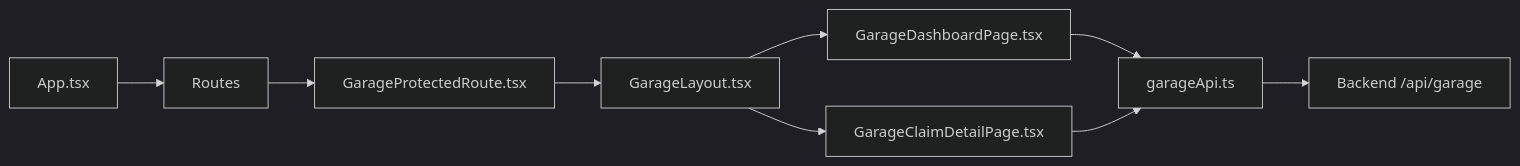
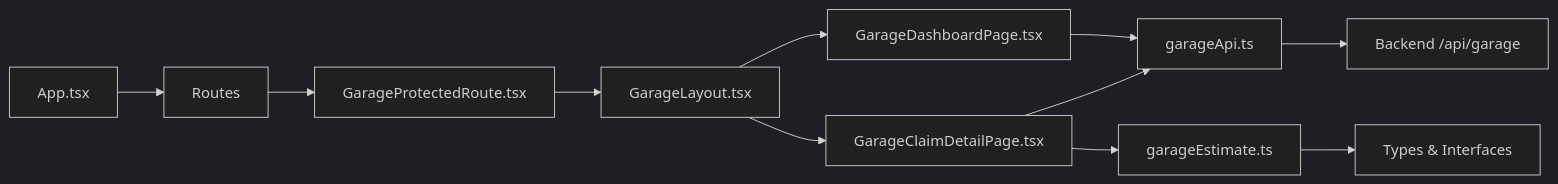
The ninth of 9 diagrams in .qoder/repowiki/en/content/Frontend Documentation/Garage Frontend Interface.md (NaveenHiranya/Smart-Vehicle-Insurance-Claim-System), drawn with Mermaid (dark theme) before and after one commit. The commit also changed other lines of this file and 33 other files, not shown here.

````diff
--- a/.qoder/repowiki/en/content/Frontend Documentation/Garage Frontend Interface.md
+++ b/.qoder/repowiki/en/content/Frontend Documentation/Garage Frontend Interface.md
@@ -288,11 +346,13 @@
 ```mermaid
 graph LR
 App["App.tsx"] --> Routes["Routes"]
 Routes --> GP["GarageProtectedRoute.tsx"]
 GP --> GL["GarageLayout.tsx"]
 GL --> GD["GarageDashboardPage.tsx"]
 GL --> GC["GarageClaimDetailPage.tsx"]
+GC --> GE["garageEstimate.ts"]
 GD --> GA["garageApi.ts"]
 GC --> GA
 GA --> BE["Backend /api/garage"]
+GE --> Types["Types & Interfaces"]
 ```
````
